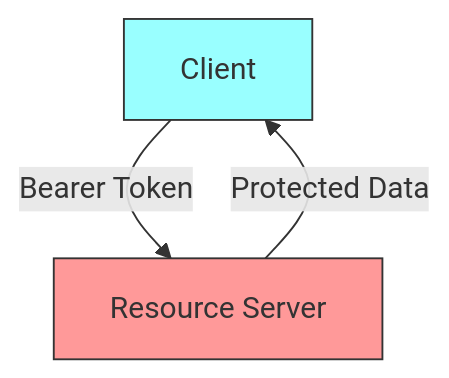
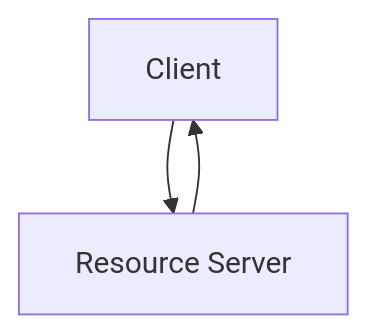
One commit to lele-maxwell/adorsys-gis-blog3 changed the fourth of 5 diagrams in docs/blog/direct-access-grant/slides.md. Above: the diagram before and after it, drawn with Mermaid. The commit also changed other lines of this file, not shown here.

Commit message:
Fix slides.md file to have a better explanation of what the process and what it does and correct explanation of the Direct grant flow and use correct diagram syntax and format

````diff
--- a/docs/blog/direct-access-grant/slides.md
+++ b/docs/blog/direct-access-grant/slides.md
@@ -130,7 +122,5 @@
 ```mermaid
 graph TD
-    A[Client] -->|Bearer Token| B[Resource Server]
-    B -->|Protected Data| A
-    style A fill:#9ff,stroke:#333
-    style B fill:#f99,stroke:#333
+    A[Client] --> B[Resource Server]
+    B --> A
 ```
````
